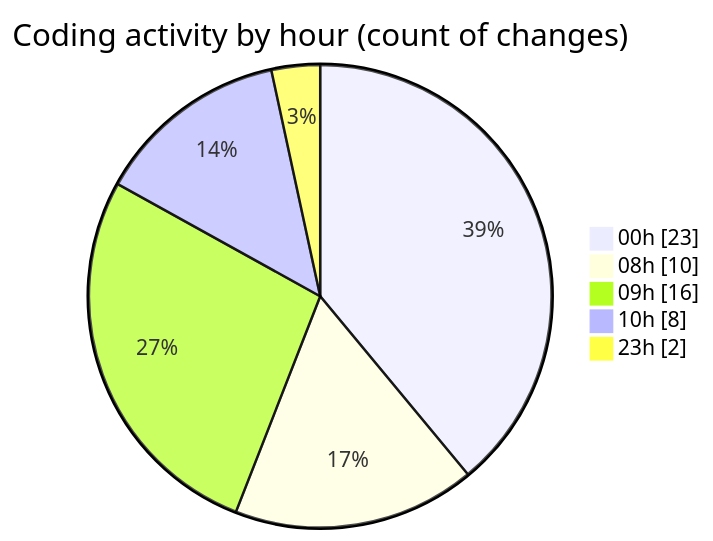
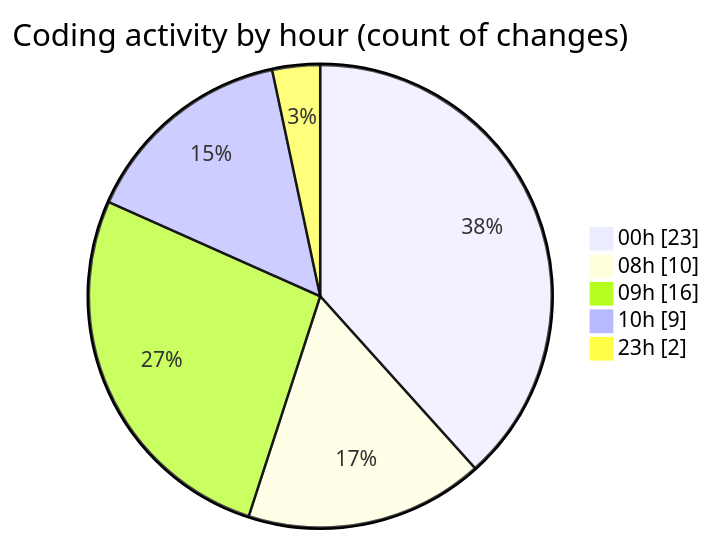
The second of 2 diagrams in 2025-05-29/advertise/README.md (Elitesun/code-tracking), drawn with Mermaid before and after one commit. The commit also changed other lines of this file and 1 other file, not shown here.

````diff
--- a/2025-05-29/advertise/README.md
+++ b/2025-05-29/advertise/README.md
@@ -35,9 +35,9 @@
 ```mermaid
 pie showData
 title Coding activity by hour (count of changes)
 "00h" : 23
 "08h" : 10
 "09h" : 16
-"10h" : 8
+"10h" : 9
 "23h" : 2
 ```
````
